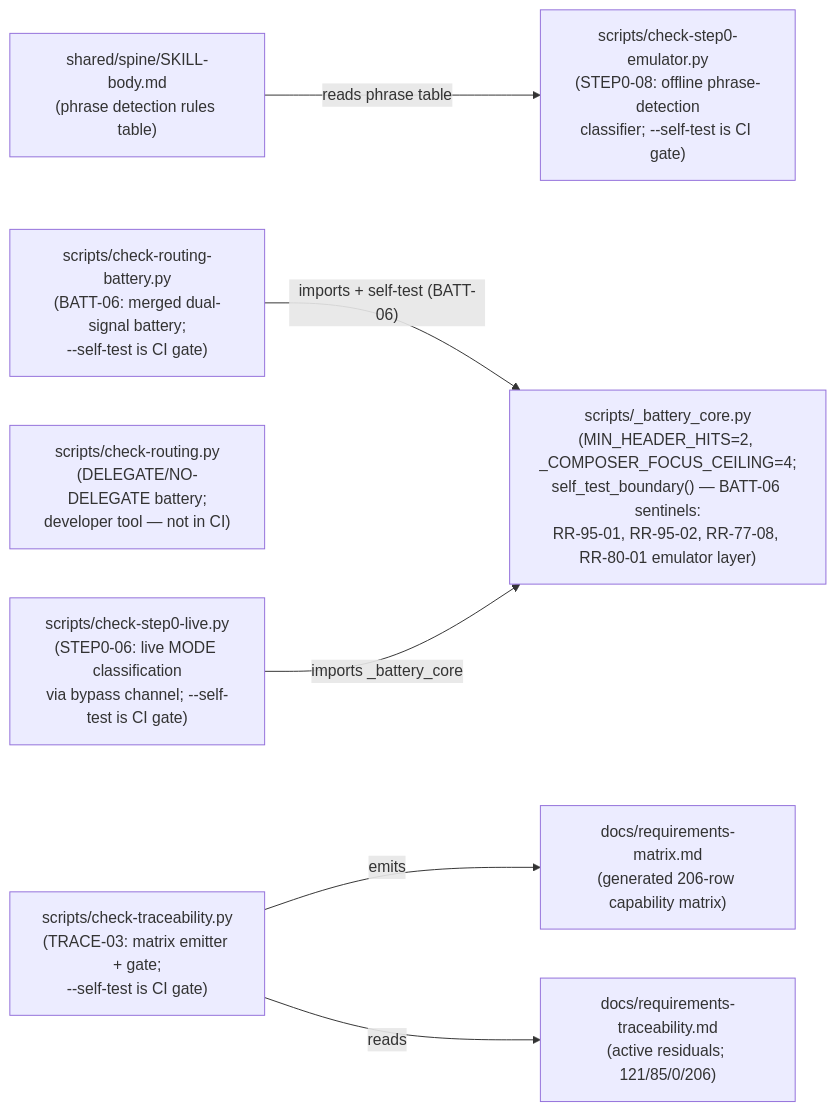
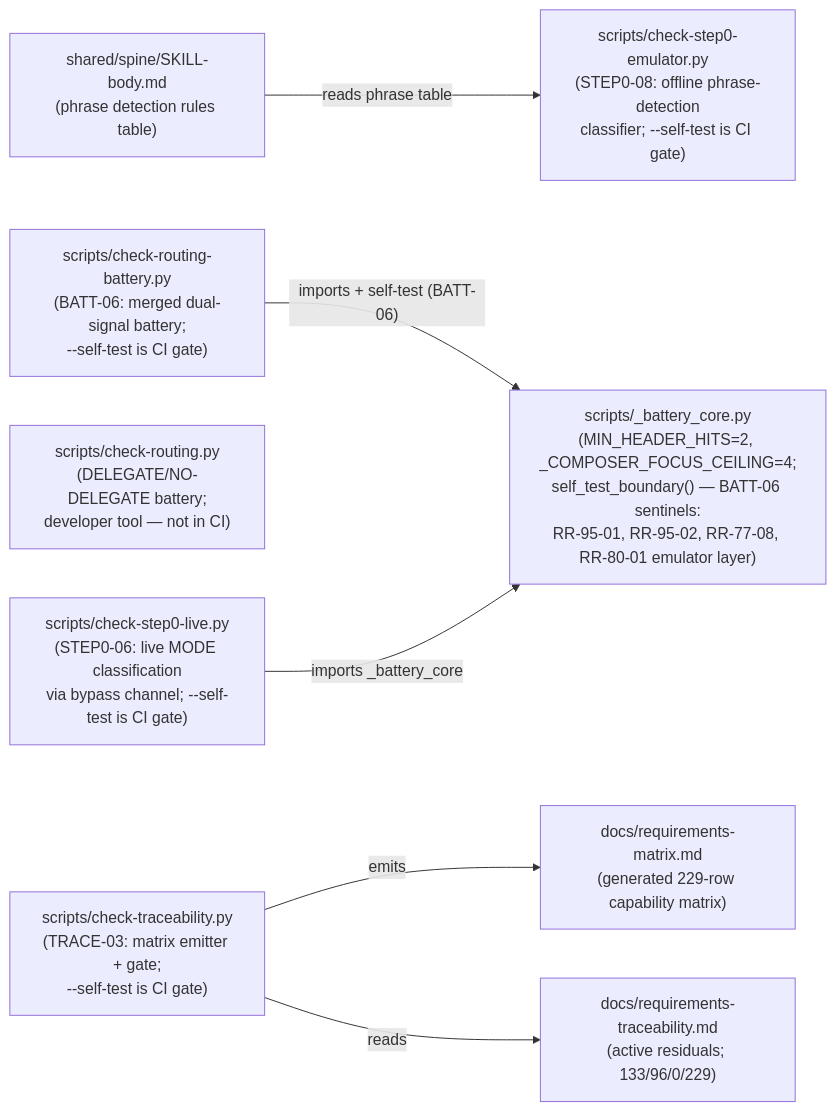
One commit to chrisdavidson/first-principles-skill changed the second of 2 diagrams in docs/COMPONENT-DIAGRAM.md. Above: the diagram before and after it, drawn with Mermaid. The commit also changed 1 other file, not shown here.

Commit message:
fix(140): WR-03 correct requirements-matrix counts to 229-row / 133-96-0-229 in docs README and COMPONENT-DIAGRAM

````diff
--- a/docs/COMPONENT-DIAGRAM.md
+++ b/docs/COMPONENT-DIAGRAM.md
@@ -81,24 +81,24 @@
 ```mermaid
 flowchart LR
     SKILLBODY["shared/spine/SKILL-body.md\n(phrase detection rules table)"]
 
     CORE["scripts/_battery_core.py\n(MIN_HEADER_HITS=2, _COMPOSER_FOCUS_CEILING=4;\nself_test_boundary() — BATT-06 sentinels:\nRR-95-01, RR-95-02, RR-77-08, RR-80-01 emulator layer)"]
 
     BATT["scripts/check-routing-battery.py\n(BATT-06: merged dual-signal battery;\n--self-test is CI gate)"]
     ROUTING["scripts/check-routing.py\n(DELEGATE/NO-DELEGATE battery;\ndeveloper tool — not in CI)"]
 
     EMU["scripts/check-step0-emulator.py\n(STEP0-08: offline phrase-detection\nclassifier; --self-test is CI gate)"]
     LIVE["scripts/check-step0-live.py\n(STEP0-06: live MODE classification\nvia bypass channel; --self-test is CI gate)"]
 
     TRACE["scripts/check-traceability.py\n(TRACE-03: matrix emitter + gate;\n--self-test is CI gate)"]
-    MATRIX["docs/requirements-matrix.md\n(generated 206-row capability matrix)"]
-    TRACEABILITY["docs/requirements-traceability.md\n(active residuals; 121/85/0/206)"]
+    MATRIX["docs/requirements-matrix.md\n(generated 229-row capability matrix)"]
+    TRACEABILITY["docs/requirements-traceability.md\n(active residuals; 133/96/0/229)"]
 
     SKILLBODY -->|"reads phrase table"| EMU
 
     BATT -->|"imports + self-test (BATT-06)"| CORE
     LIVE -->|"imports _battery_core"| CORE
 
     TRACE -->|"emits"| MATRIX
     TRACE -->|"reads"| TRACEABILITY
 ```
````
